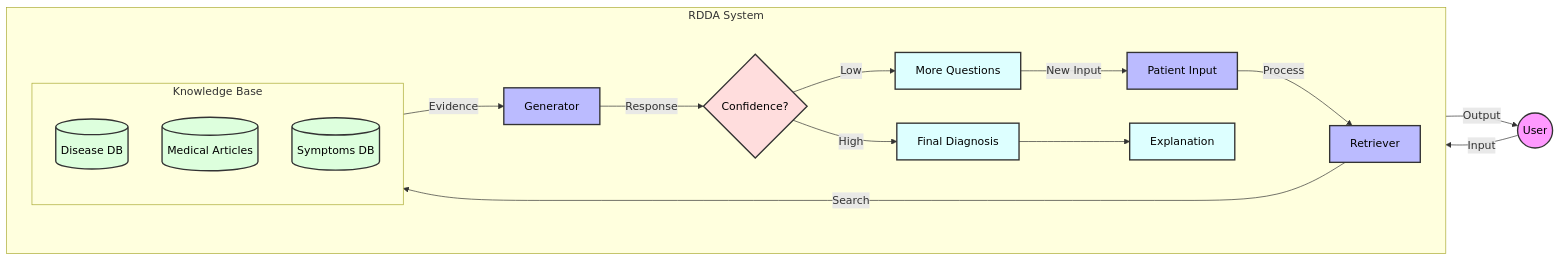
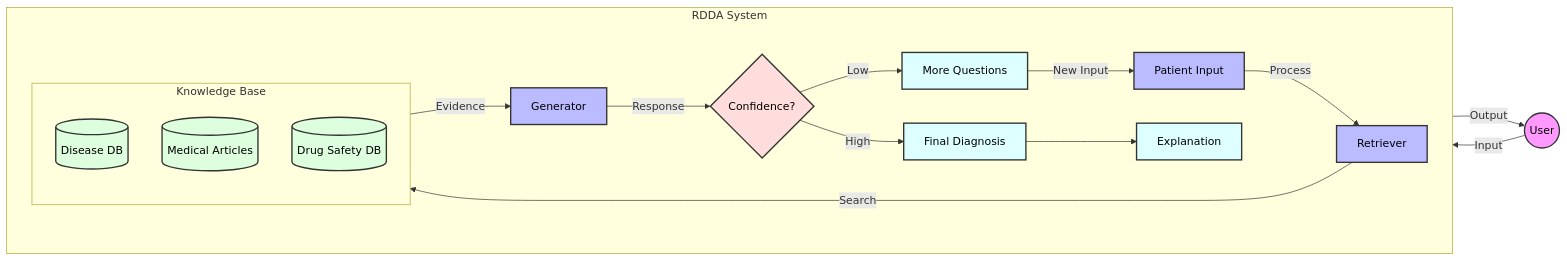
One commit to namrathavpatil/Disease-Diagnosis-Assistant changed the first of 2 diagrams in README.md. Above: the diagram before and after it, drawn with Mermaid. The commit also changed other lines of this file and 40 other files, not shown here.

````diff
--- a/README.md
+++ b/README.md
@@ -39,43 +39,43 @@
 ```mermaid
 graph LR
     %% Main Flow
     User((User)) --> |Input| System
     System --> |Output| User
 
     subgraph System[RDDA System]
         direction LR
         
         %% Input & Processing
         Input[Patient Input] --> |Process| Retriever
         Retriever --> |Search| Knowledge
         
         %% Knowledge Base
         subgraph Knowledge[Knowledge Base]
             direction TB
             KG[(Disease DB)]
             PubMed[(Medical Articles)]
-            HPO[(Symptoms DB)]
+            FDA[(Drug Safety DB)]
         end
         
         %% Processing & Output
         Knowledge --> |Evidence| Generator
         Generator --> |Response| Confidence{Confidence?}
         Confidence -->|High| Diagnosis[Final Diagnosis]
         Confidence -->|Low| Questions[More Questions]
         Diagnosis --> Explanation[Explanation]
         Questions --> |New Input| Input
     end
 
     %% Styling
     classDef user fill:#f9f,stroke:#333,stroke-width:2px,color:#000
     classDef process fill:#bbf,stroke:#333,stroke-width:2px,color:#000
     classDef database fill:#dfd,stroke:#333,stroke-width:2px,color:#000
     classDef decision fill:#fdd,stroke:#333,stroke-width:2px,color:#000
     classDef output fill:#dff,stroke:#333,stroke-width:2px,color:#000
 
     class User user
     class Input,Retriever,Generator process
-    class KG,PubMed,HPO database
+    class KG,PubMed,FDA database
     class Confidence decision
     class Diagnosis,Questions,Explanation output
 ```
````
